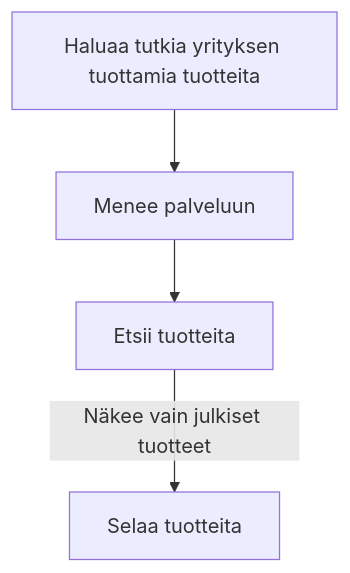
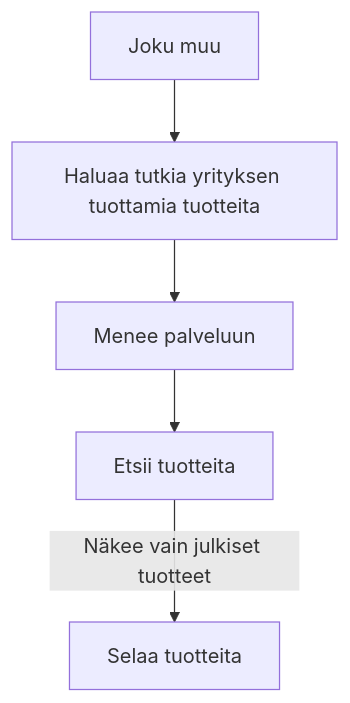
The fifth of 7 diagrams in dokumentit/02-vaatimusmaarittely/vaatimusmaarittely.md (martimik/TuHlaRi-core), drawn with Mermaid before and after one commit. The commit also changed other lines of this file, not shown here.

````diff
--- a/dokumentit/02-vaatimusmaarittely/vaatimusmaarittely.md
+++ b/dokumentit/02-vaatimusmaarittely/vaatimusmaarittely.md
@@ -183,7 +189,12 @@
 ```mermaid
  graph TD
-A["Haluaa tutkia yrityksen tuottamia tuotteita"]-->B["Menee palveluun"]
-B-->C["Etsii tuotteita"]
-C-->|Näkee vain julkiset tuotteet|D["Selaa tuotteita"]
+ 
+J["Joku muu"]
+
+J --> A1
+
+A1["Haluaa tutkia yrityksen tuottamia tuotteita"]-->B1["Menee palveluun"]
+B1-->C1["Etsii tuotteita"]
+C1-->|Näkee vain julkiset tuotteet|D1["Selaa tuotteita"]
 
 ```
````
